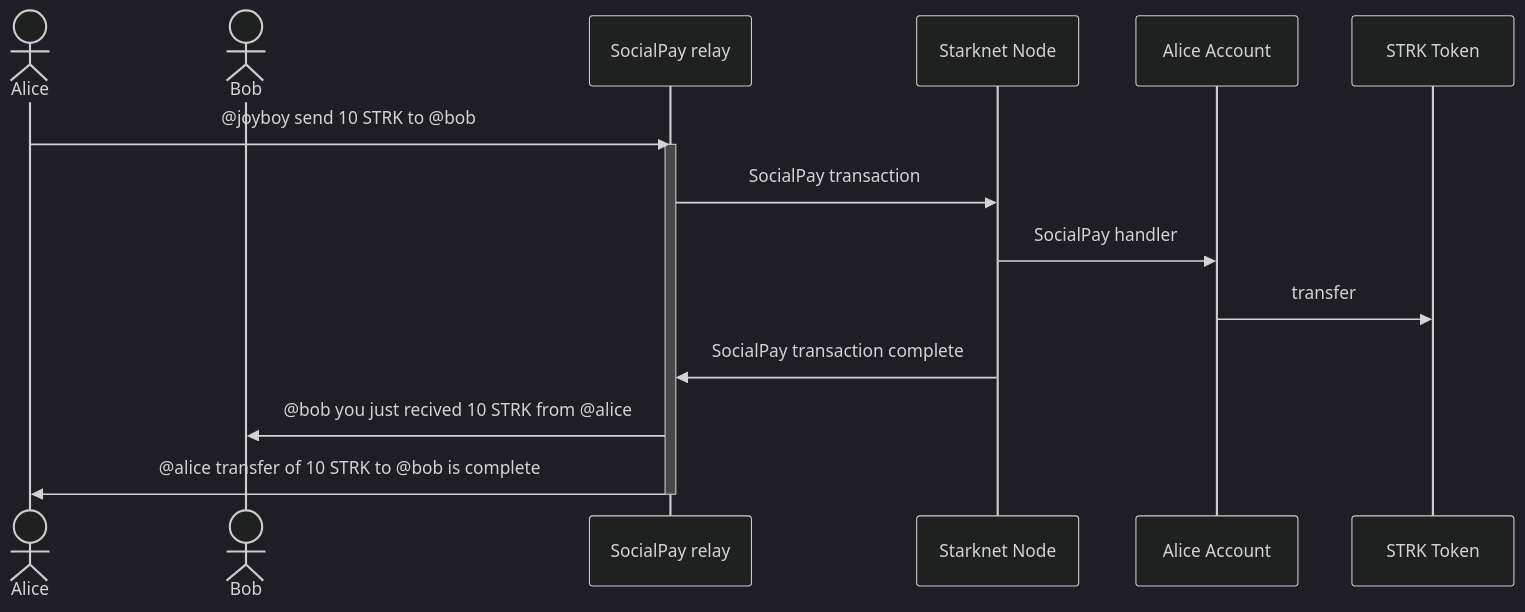
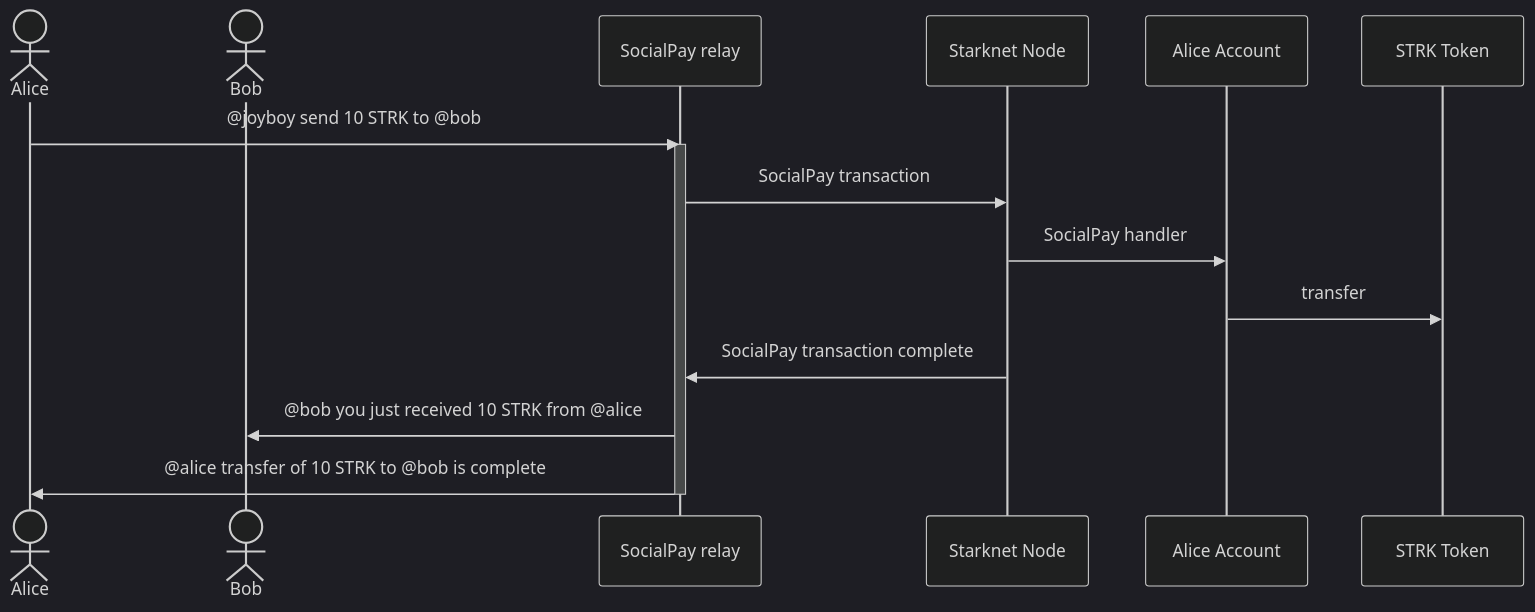
The diagram in README.md (keep-starknet-strange/joyboy), drawn with Mermaid (dark theme) before and after one commit. The commit also changed 5 other files, not shown here.

````diff
--- a/README.md
+++ b/README.md
@@ -56,19 +56,19 @@
 ```mermaid
 sequenceDiagram
     actor Alice
     actor Bob
     participant SocialPay relay
     participant Starknet Node
     participant Alice Account
     participant STRK Token
 
     Alice->>SocialPay relay: @joyboy send 10 STRK to @bob
     activate SocialPay relay
     SocialPay relay->>Starknet Node: SocialPay transaction
     Starknet Node->>Alice Account: SocialPay handler
     Alice Account->>STRK Token: transfer
     Starknet Node->>SocialPay relay: SocialPay transaction complete
-    SocialPay relay->>Bob: @bob you just recived 10 STRK from @alice
+    SocialPay relay->>Bob: @bob you just received 10 STRK from @alice
     SocialPay relay->>Alice: @alice transfer of 10 STRK to @bob is complete
     deactivate SocialPay relay
 ```
````
